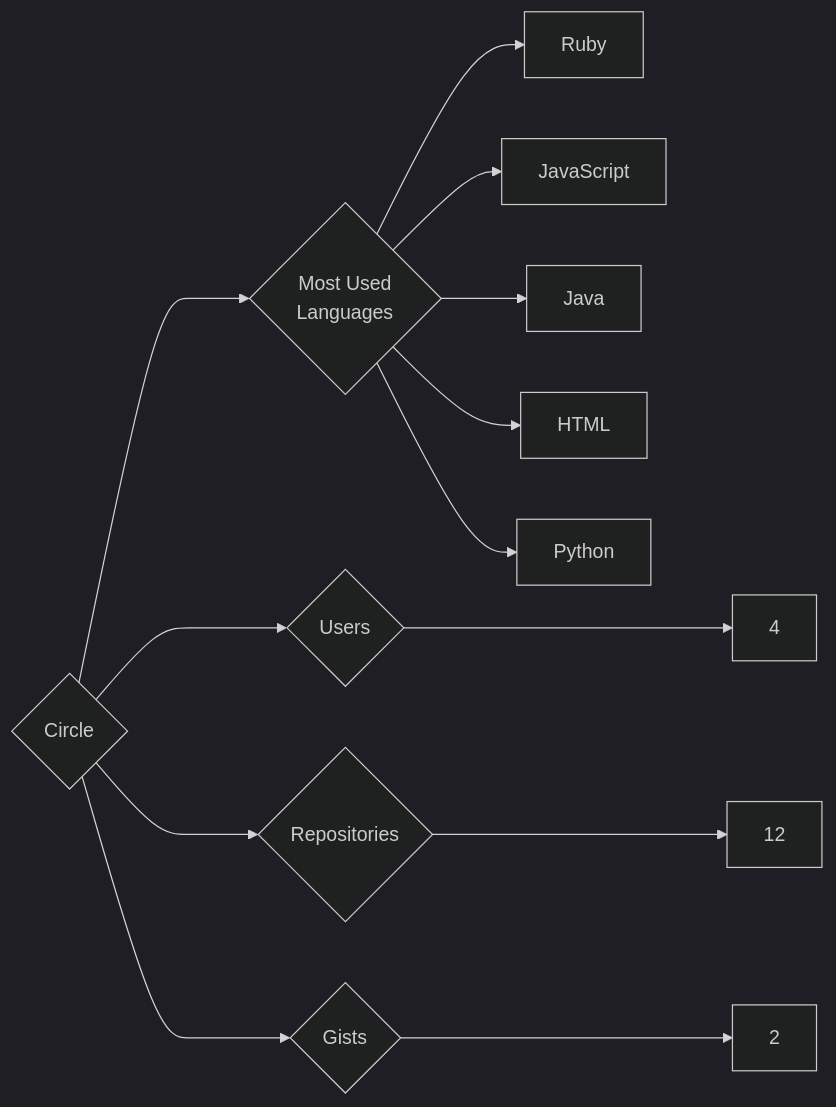
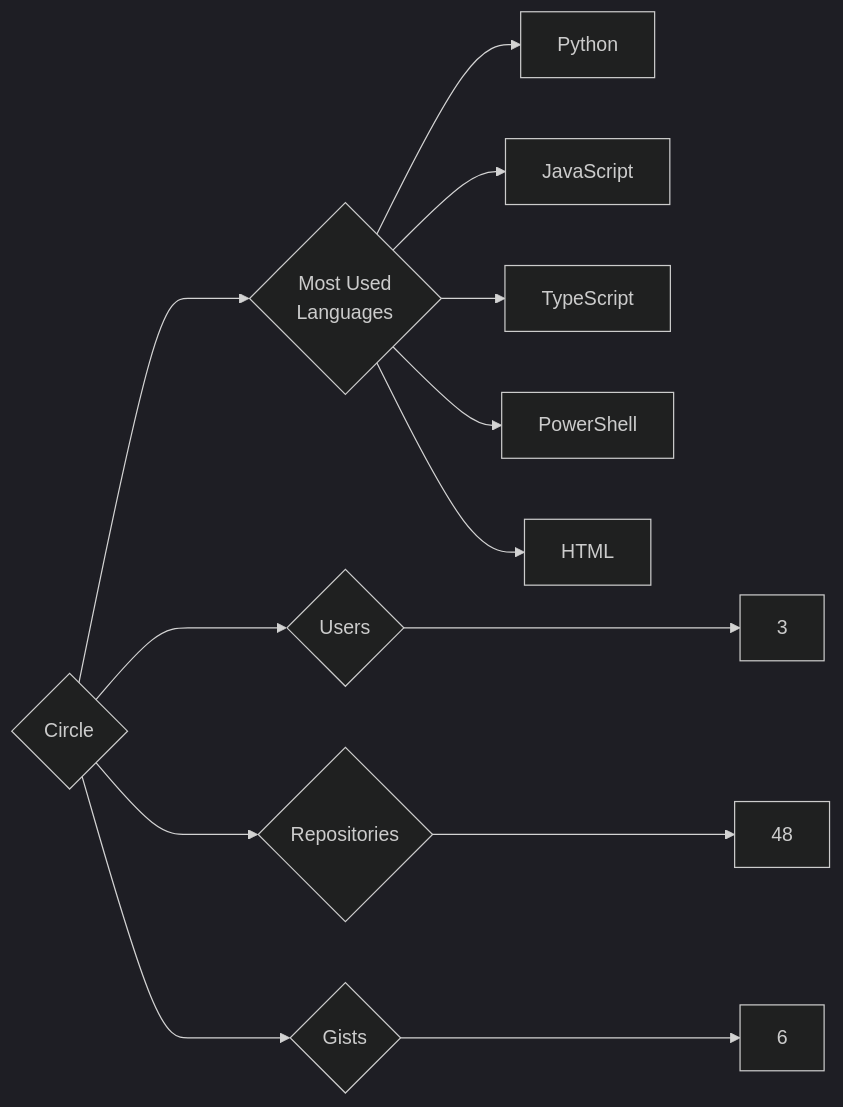
The diagram in targets/Circle/README.md (trickest/insiders), drawn with Mermaid (dark theme) before and after one commit. The commit also changed 865 other files, not shown here.

````diff
--- a/targets/Circle/README.md
+++ b/targets/Circle/README.md
@@ -3,13 +3,13 @@
 ```mermaid
 graph LR
 COMPANY_NAME{Circle}
-COMPANY_NAME ---> U{Users} ---> UN[4]
-COMPANY_NAME ---> R{Repositories} ---> RN[12]
-COMPANY_NAME ---> G{Gists} ---> GN[2]
+COMPANY_NAME ---> U{Users} ---> UN[3]
+COMPANY_NAME ---> R{Repositories} ---> RN[48]
+COMPANY_NAME ---> G{Gists} ---> GN[6]
 COMPANY_NAME ---> ML{Most Used<br>Languages}
-ML --> Ruby[Ruby]
+ML --> Python[Python]
 ML --> JavaScript[JavaScript]
-ML --> Java[Java]
+ML --> TypeScript[TypeScript]
+ML --> PowerShell[PowerShell]
 ML --> HTML[HTML]
-ML --> Python[Python]
 ```
````
